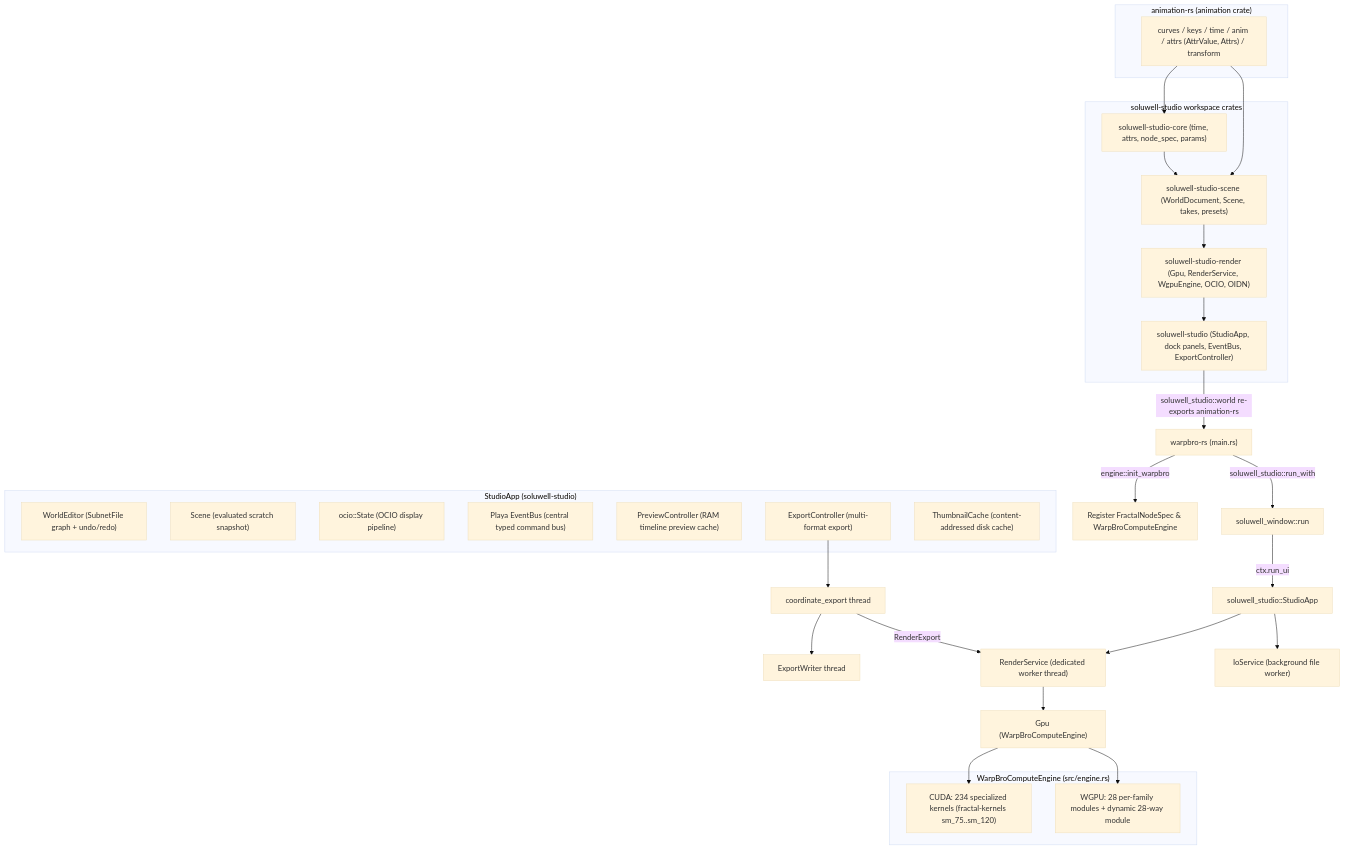
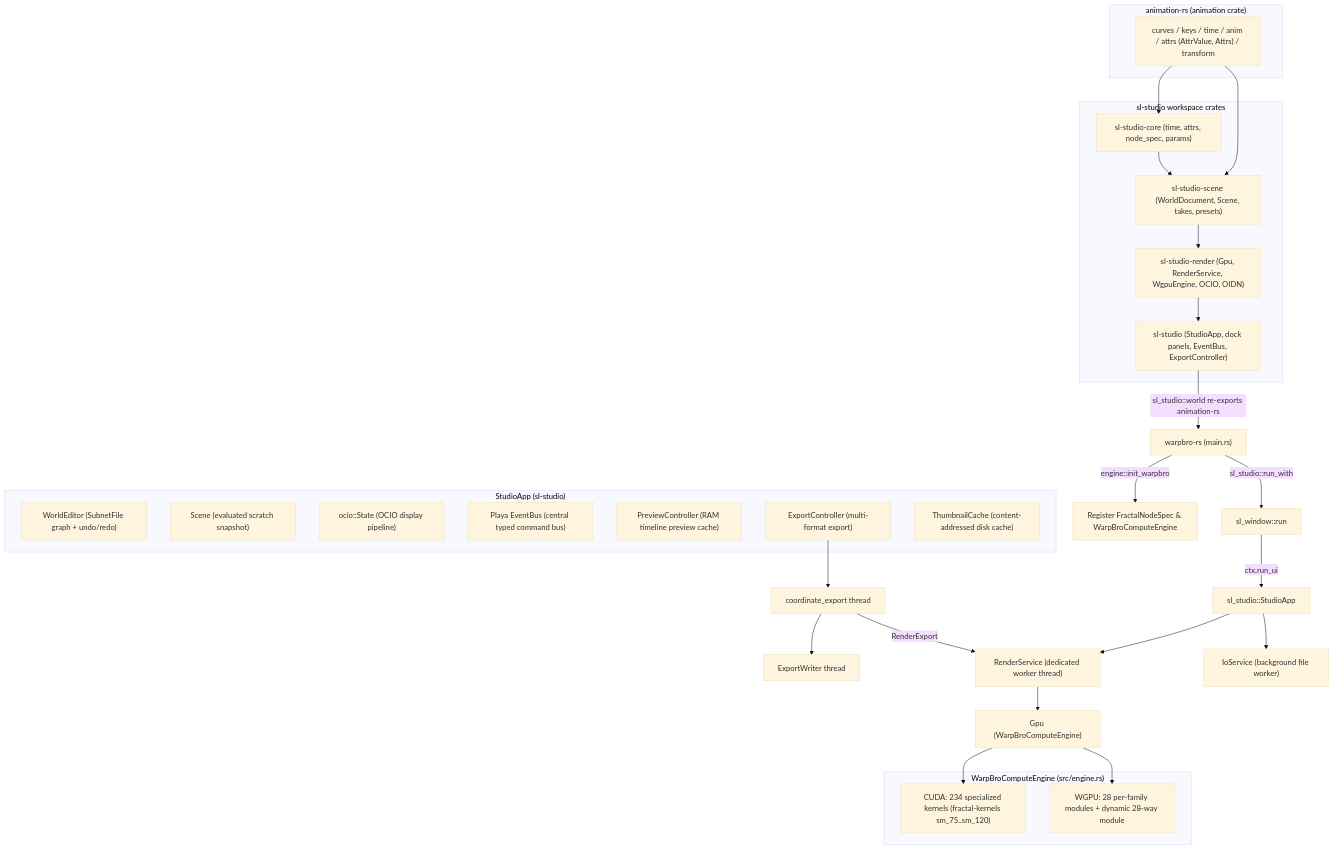
One commit to ssoj13/warpbro-rs changed the first of 7 diagrams in DIAGRAMS.md. Above: the diagram before and after it, drawn with Mermaid (base theme). The commit also changed other lines of this file and 20 other files, not shown here.

````diff
--- a/DIAGRAMS.md
+++ b/DIAGRAMS.md
@@ -10,46 +10,46 @@
 ```mermaid
 flowchart TD
   subgraph AnimationRs["animation-rs (animation crate)"]
     anim_mods["curves / keys / time / anim / attrs (AttrValue, Attrs) / transform"]
   end
 
-  subgraph SoluwellStudioCrates["soluwell-studio workspace crates"]
-    ss_core["soluwell-studio-core (time, attrs, node_spec, params)"]
-    ss_scene["soluwell-studio-scene (WorldDocument, Scene, takes, presets)"]
-    ss_render["soluwell-studio-render (Gpu, RenderService, WgpuEngine, OCIO, OIDN)"]
-    ss_ui["soluwell-studio (StudioApp, dock panels, EventBus, ExportController)"]
+  subgraph SoluwellStudioCrates["sl-studio workspace crates"]
+    ss_core["sl-studio-core (time, attrs, node_spec, params)"]
+    ss_scene["sl-studio-scene (WorldDocument, Scene, takes, presets)"]
+    ss_render["sl-studio-render (Gpu, RenderService, WgpuEngine, OCIO, OIDN)"]
+    ss_ui["sl-studio (StudioApp, dock panels, EventBus, ExportController)"]
   end
 
   anim_mods --> ss_core
   anim_mods --> ss_scene
   ss_core --> ss_scene --> ss_render --> ss_ui
 
   main["warpbro-rs (main.rs)"] -->|"engine::init_warpbro"| reg["Register FractalNodeSpec & WarpBroComputeEngine"]
-  ss_ui -->|"soluwell_studio::world re-exports animation-rs"| main
-  main -->|"soluwell_studio::run_with"| win["soluwell_window::run"]
-  win -->|"ctx.run_ui"| app["soluwell_studio::StudioApp"]
+  ss_ui -->|"sl_studio::world re-exports animation-rs"| main
+  main -->|"sl_studio::run_with"| win["sl_window::run"]
+  win -->|"ctx.run_ui"| app["sl_studio::StudioApp"]
 
-  subgraph StudioApp["StudioApp (soluwell-studio)"]
+  subgraph StudioApp["StudioApp (sl-studio)"]
     world["WorldEditor (SubnetFile graph + undo/redo)"]
     scene["Scene (evaluated scratch snapshot)"]
     colour["ocio::State (OCIO display pipeline)"]
     bus["Playa EventBus (central typed command bus)"]
     preview["PreviewController (RAM timeline preview cache)"]
     export["ExportController (multi-format export)"]
     thumb["ThumbnailCache (content-addressed disk cache)"]
   end
 
   app --> rs["RenderService (dedicated worker thread)"]
   app --> io["IoService (background file worker)"]
   rs --> gpu["Gpu (WarpBroComputeEngine)"]
 
   subgraph WarpBroComputeEngine["WarpBroComputeEngine (src/engine.rs)"]
     cuda["CUDA: 234 specialized kernels (fractal-kernels sm_75..sm_120)"]
     wgpu["WGPU: 28 per-family modules + dynamic 28-way module"]
   end
 
   gpu --> cuda
   gpu --> wgpu
   export --> coord["coordinate_export thread"] --> writer["ExportWriter thread"]
   coord -->|"RenderExport"| rs
 ```
````
